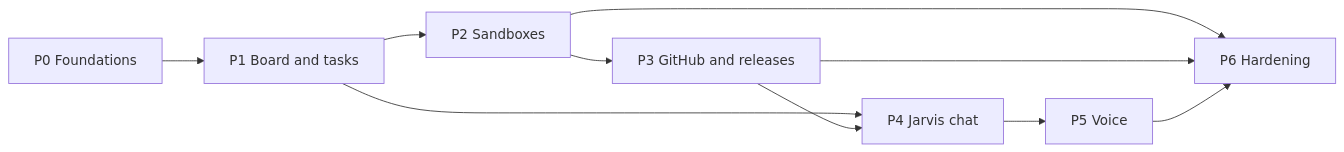
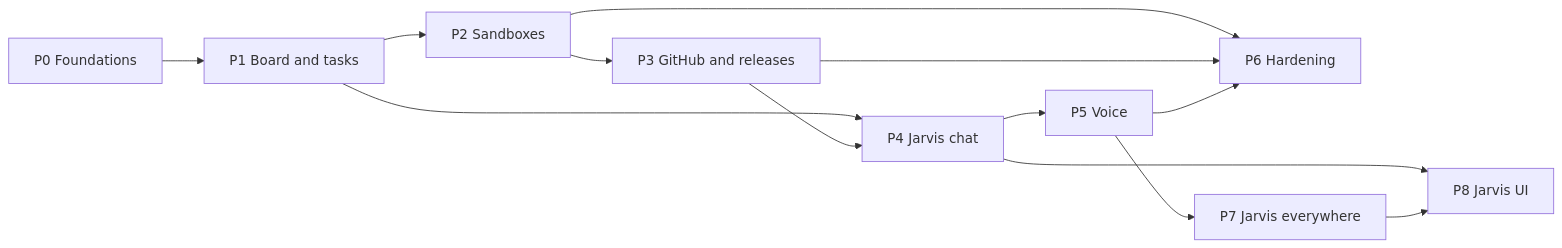
One commit to DanAakesen/jarvis changed the diagram in PLAN.md. Above: the diagram before and after it, drawn with Mermaid. The commit also changed other lines of this file and 2 other files, not shown here.

First line of the commit message:
docs: plan P7 Jarvis everywhere and P8 Jarvis UI (#212)

````diff
--- a/PLAN.md
+++ b/PLAN.md
@@ -45,12 +46,15 @@
 ```mermaid
 flowchart LR
     P0["P0 Foundations"] --> P1["P1 Board and tasks"]
     P1 --> P2["P2 Sandboxes"]
     P2 --> P3["P3 GitHub and releases"]
     P1 --> P4["P4 Jarvis chat"]
     P3 --> P4
     P4 --> P5["P5 Voice"]
     P2 --> P6["P6 Hardening"]
     P3 --> P6
     P5 --> P6
+    P5 --> P7["P7 Jarvis everywhere"]
+    P4 --> P8["P8 Jarvis UI"]
+    P7 --> P8
 ```
````
